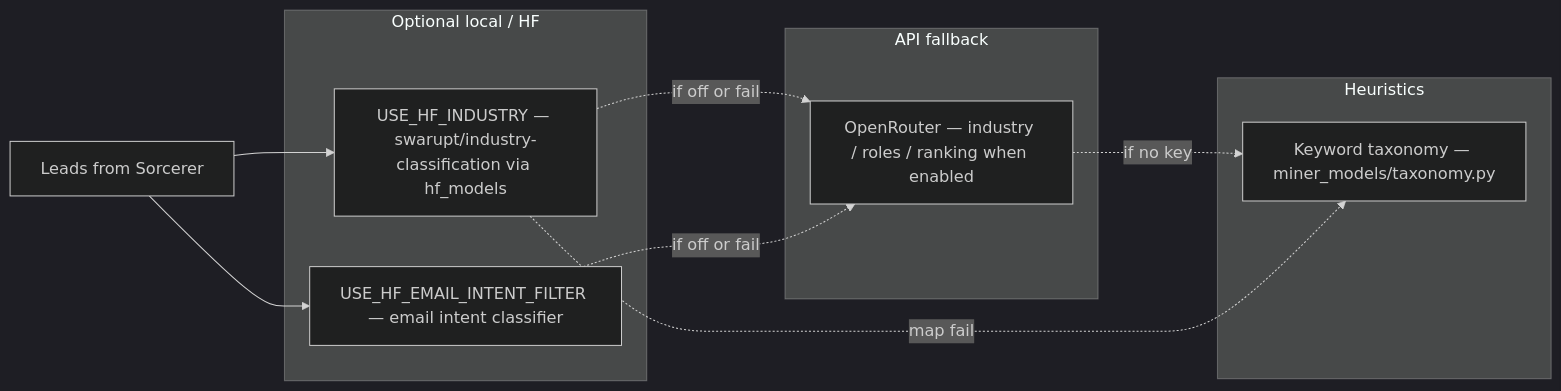
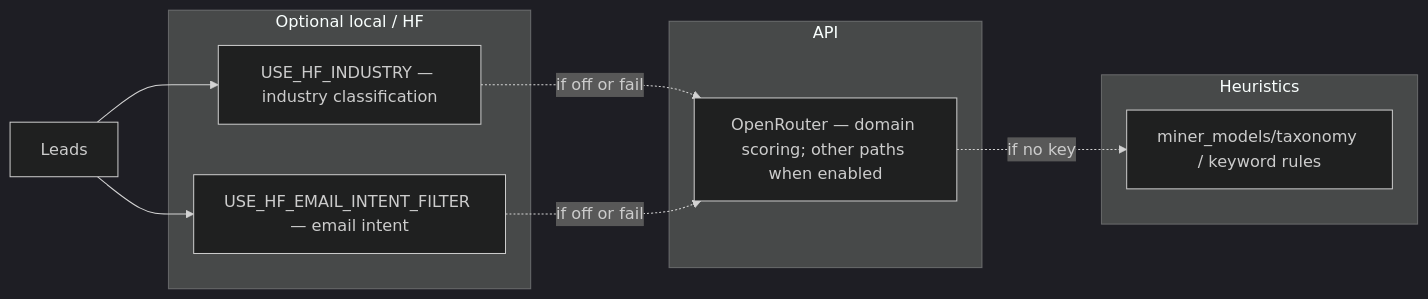
One commit to tomaspconer89-spec/leadpoet-sn71 changed the fifth of 6 diagrams in docs/MINER_PIPELINE-DIAGRAM.md. Above: the diagram before and after it, drawn with Mermaid (dark theme). The commit also changed other lines of this file, not shown here.

````diff
--- a/docs/MINER_PIPELINE-DIAGRAM.md
+++ b/docs/MINER_PIPELINE-DIAGRAM.md
@@ -74,22 +132,21 @@
 ```mermaid
 flowchart LR
   subgraph hf["Optional local / HF"]
-    H1[USE_HF_INDUSTRY — swarupt/industry-classification via hf_models]
-    H2[USE_HF_EMAIL_INTENT_FILTER — email intent classifier]
+    H1[USE_HF_INDUSTRY — industry classification]
+    H2[USE_HF_EMAIL_INTENT_FILTER — email intent]
   end
 
-  subgraph api["API fallback"]
-    OR[OpenRouter — industry / roles / ranking when enabled]
+  subgraph api["API"]
+    OR[OpenRouter — domain scoring; other paths when enabled]
   end
 
   subgraph heur["Heuristics"]
-    KW[Keyword taxonomy — miner_models/taxonomy.py]
+    KW[miner_models/taxonomy / keyword rules]
   end
 
-  LEG2[Leads from Sorcerer] --> H1
+  LEG2[Leads] --> H1
   LEG2 --> H2
   H1 -.->|if off or fail| OR
   H2 -.->|if off or fail| OR
   OR -.->|if no key| KW
-  H1 -.->|map fail| KW
 ```
````
